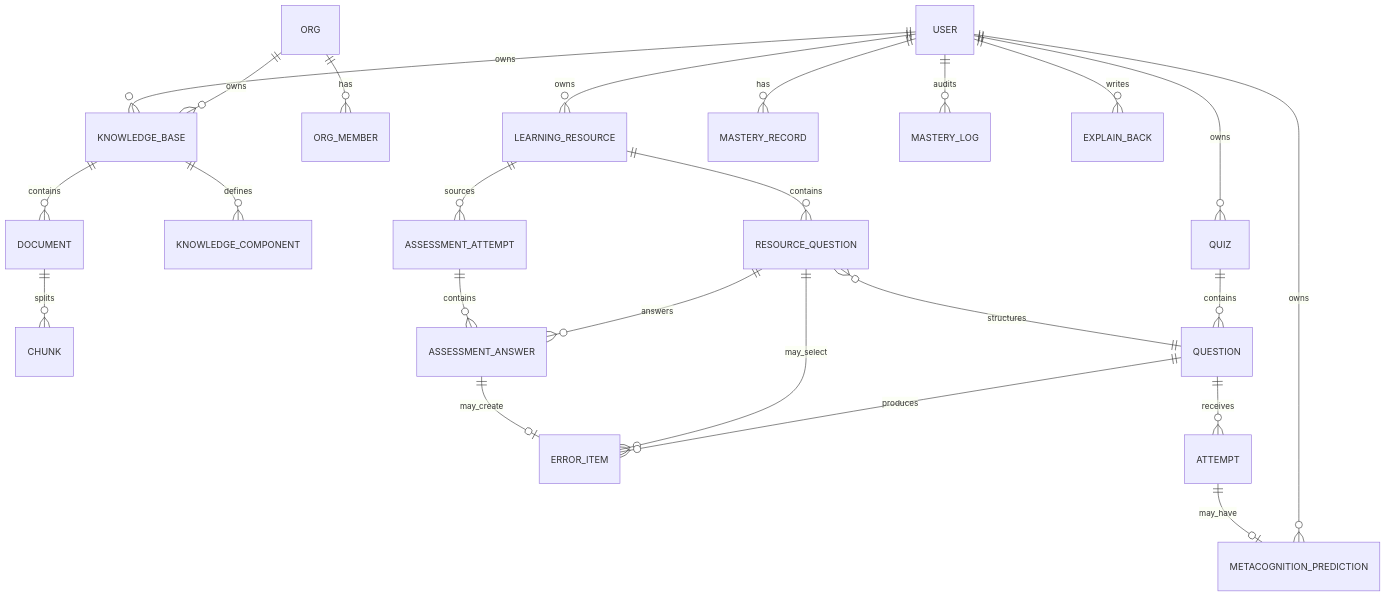
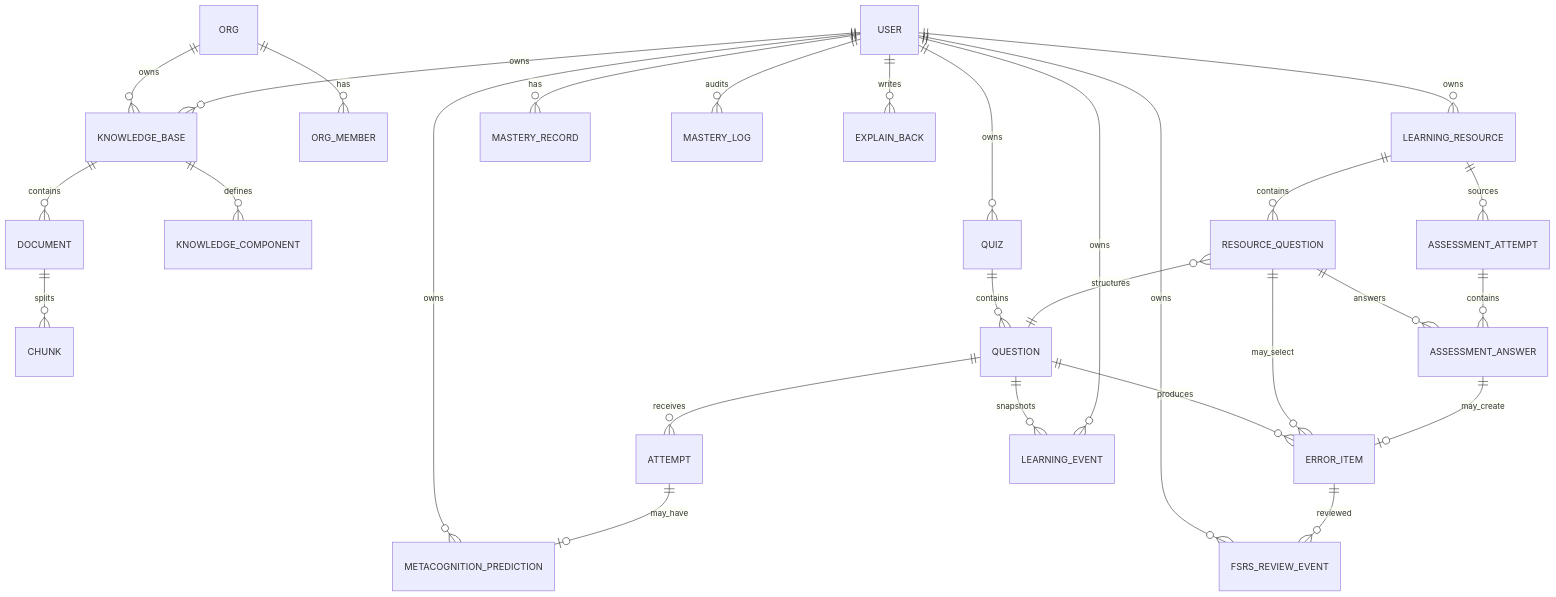
Before and after one commit to shunwang-crypto/suwen-ai: the diagram in docs/data-model.md, drawn with Mermaid. The commit also changed other lines of this file and 33 other files, not shown here.

```diff
--- a/docs/data-model.md
+++ b/docs/data-model.md
@@ -44,28 +44,32 @@
 ~~~mermaid
 erDiagram
     USER ||--o{ KNOWLEDGE_BASE : owns
     ORG ||--o{ ORG_MEMBER : has
     ORG ||--o{ KNOWLEDGE_BASE : owns
     KNOWLEDGE_BASE ||--o{ DOCUMENT : contains
     DOCUMENT ||--o{ CHUNK : splits
     KNOWLEDGE_BASE ||--o{ KNOWLEDGE_COMPONENT : defines
 
     USER ||--o{ LEARNING_RESOURCE : owns
     LEARNING_RESOURCE ||--o{ RESOURCE_QUESTION : contains
     RESOURCE_QUESTION }o--|| QUESTION : structures
     LEARNING_RESOURCE ||--o{ ASSESSMENT_ATTEMPT : sources
     ASSESSMENT_ATTEMPT ||--o{ ASSESSMENT_ANSWER : contains
     RESOURCE_QUESTION ||--o{ ASSESSMENT_ANSWER : answers
     ASSESSMENT_ANSWER ||--o| ERROR_ITEM : may_create
     RESOURCE_QUESTION ||--o{ ERROR_ITEM : may_select
 
     USER ||--o{ MASTERY_RECORD : has
     USER ||--o{ MASTERY_LOG : audits
     USER ||--o{ QUIZ : owns
     QUIZ ||--o{ QUESTION : contains
     QUESTION ||--o{ ATTEMPT : receives
     ATTEMPT ||--o| METACOGNITION_PREDICTION : may_have
     USER ||--o{ METACOGNITION_PREDICTION : owns
     USER ||--o{ EXPLAIN_BACK : writes
     QUESTION ||--o{ ERROR_ITEM : produces
+    ERROR_ITEM ||--o{ FSRS_REVIEW_EVENT : reviewed
+    USER ||--o{ FSRS_REVIEW_EVENT : owns
+    USER ||--o{ LEARNING_EVENT : owns
+    QUESTION ||--o{ LEARNING_EVENT : snapshots
 ~~~
```
